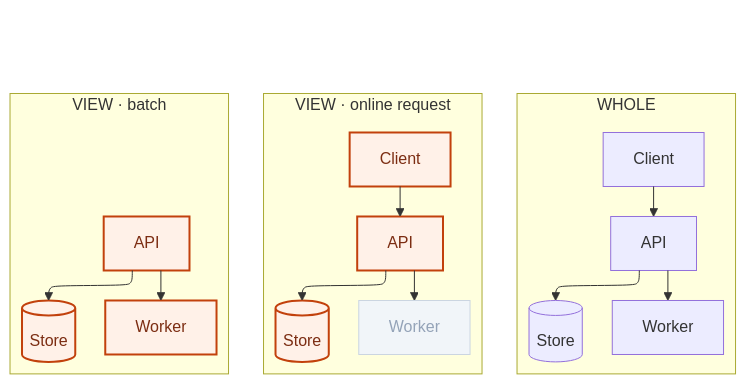
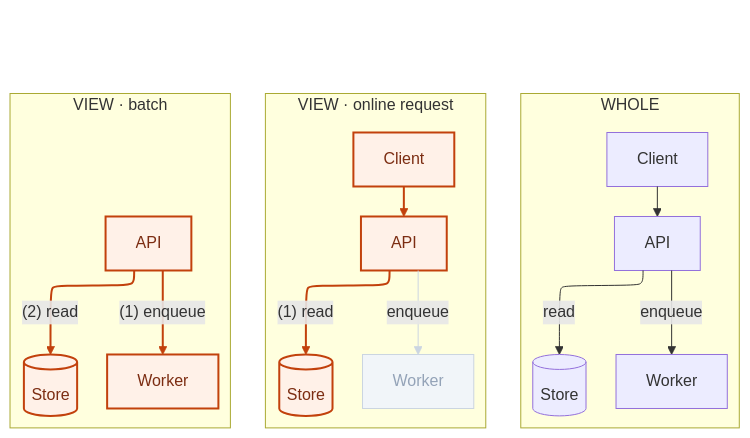
The diagram in plugins/merbook/skills/multi-view/SKILL.md (isnbh0/shared), drawn with Mermaid before and after one commit. The commit also changed other lines of this file and 1 other file, not shown here.

````diff
--- a/plugins/merbook/skills/multi-view/SKILL.md
+++ b/plugins/merbook/skills/multi-view/SKILL.md
@@ -22,38 +24,43 @@
 ```mermaid
 ---
 config:
   layout: elk
 ---
 flowchart TB
     subgraph whole["WHOLE"]
         direction TB
-        whole_root["Client"] --> w_api["API"]
-        w_api --> w_store[("Store")]
-        w_api --> w_worker["Worker"]
+        whole_root["Client"] w1@--> w_api["API"]
+        w_api w2@-->|"read"| w_store[("Store")]
+        w_api w3@-->|"enqueue"| w_worker["Worker"]
     end
     subgraph online["VIEW · online request"]
         direction TB
-        online_root["Client"] --> o_api["API"]
-        o_api --> o_store[("Store")]
-        o_api --> o_worker["Worker"]
+        online_root["Client"] o1@--> o_api["API"]
+        o_api o2@-->|"(1) read"| o_store[("Store")]
+        o_api o3@-->|"enqueue"| o_worker["Worker"]
     end
     subgraph batch["VIEW · batch"]
         direction TB
-        batch_root["Client"] --> b_api["API"]
-        b_api --> b_store[("Store")]
-        b_api --> b_worker["Worker"]
+        batch_root["Client"] b1@--> b_api["API"]
+        b_api b2@-->|"(2) read"| b_store[("Store")]
+        b_api b3@-->|"(1) enqueue"| b_worker["Worker"]
     end
     classDef focus fill:#fff1e8,stroke:#c2410c,color:#7c2d12,stroke-width:2px
     classDef context fill:#f1f5f9,stroke:#cbd5e1,color:#94a3b8
     classDef hidden fill:transparent,stroke:transparent,color:transparent
+    classDef edgeFocus stroke:#c2410c,stroke-width:2px,color:#7c2d12
+    classDef edgeContext stroke:#cbd5e1,color:#94a3b8
+    classDef edgeHidden stroke:transparent,color:transparent
     class online_root,o_api,o_store focus
     class b_api,b_worker,b_store focus
     class o_worker context
     class batch_root hidden
-    linkStyle 6 stroke:transparent
+    class o1,o2,b2,b3 edgeFocus
+    class o3 edgeContext
+    class b1 edgeHidden
     order_anchor[" "]
     order_anchor ~~~ whole
     order_anchor ~~~ online
     order_anchor ~~~ batch
     style order_anchor opacity:0,fill:transparent,stroke:transparent
 ```
````
